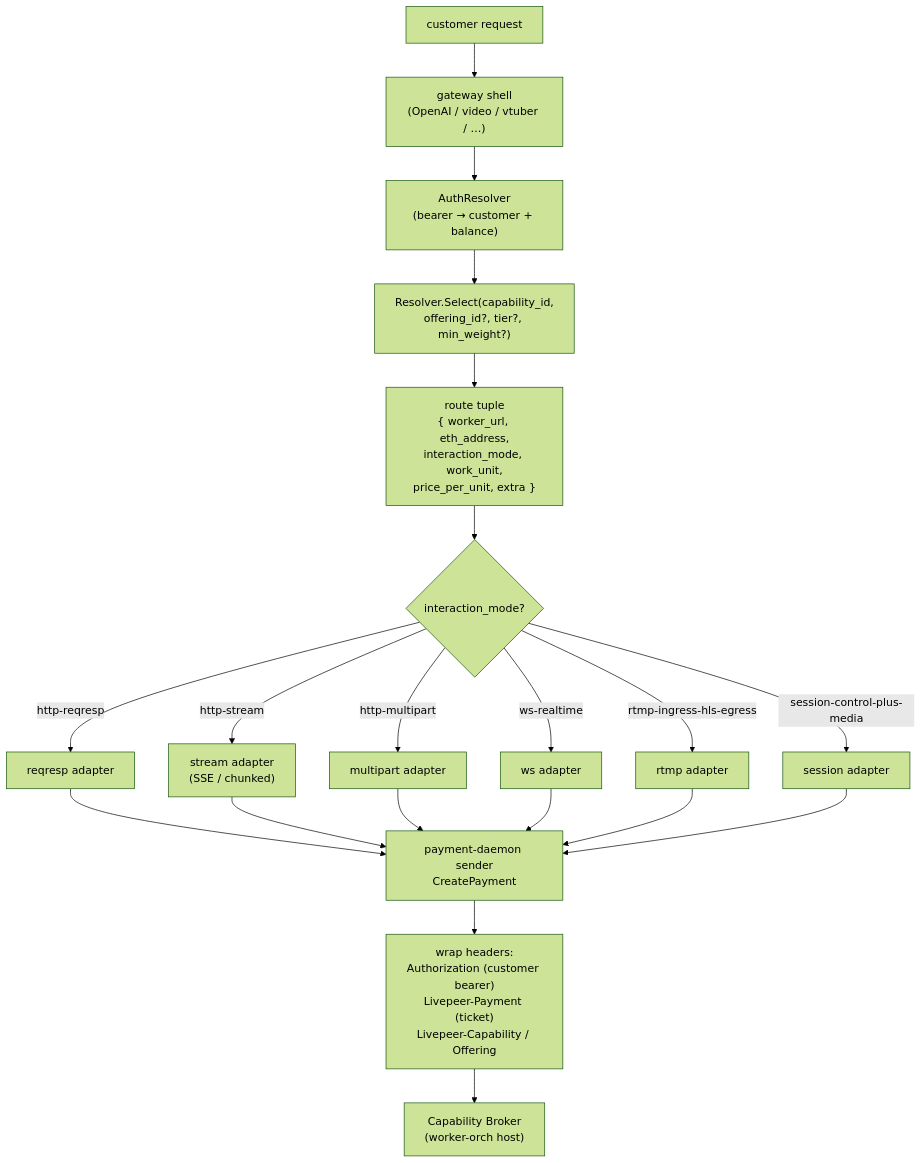
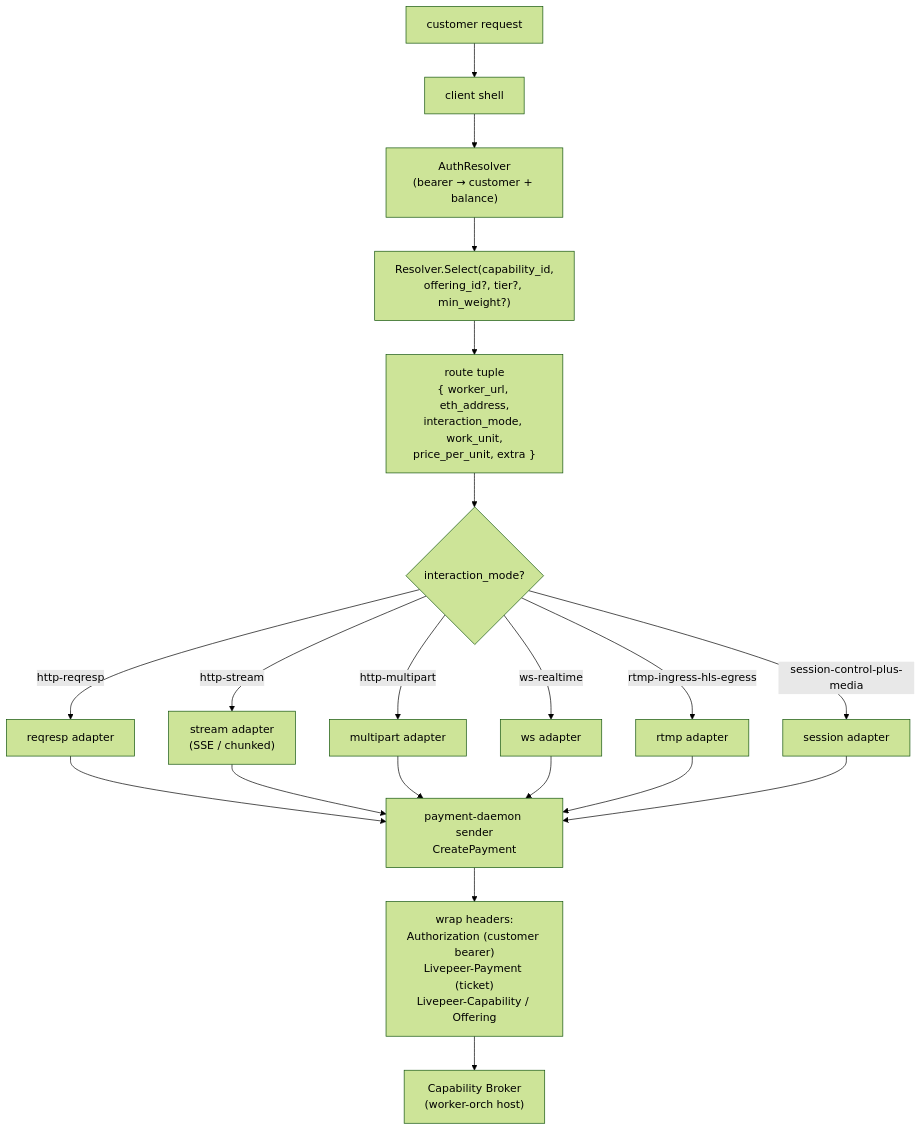
The ninth of 10 diagrams in docs/design-docs/architecture-overview.md (Cloud-SPE/livepeer-network-modules), drawn with Mermaid (forest theme) before and after one commit. The commit also changed other lines of this file and 574 other files, not shown here.

````diff
--- a/docs/design-docs/architecture-overview.md
+++ b/docs/design-docs/architecture-overview.md
@@ -889,25 +892,25 @@
 ```mermaid
 flowchart TD
-    Cust["customer request"] --> Shell["gateway shell<br/>(OpenAI / video / vtuber / …)"]
+    Cust["customer request"] --> Shell["client shell"]
     Shell --> Auth["AuthResolver<br/>(bearer → customer + balance)"]
     Auth --> Resolve["Resolver.Select(capability_id,<br/>offering_id?, tier?, min_weight?)"]
     Resolve --> Tuple["route tuple<br/>{ worker_url, eth_address,<br/>interaction_mode, work_unit,<br/>price_per_unit, extra }"]
     Tuple --> ModeSwitch{interaction_mode?}
 
     ModeSwitch -->|http-reqresp| A1["reqresp adapter"]
     ModeSwitch -->|http-stream| A2["stream adapter<br/>(SSE / chunked)"]
     ModeSwitch -->|http-multipart| A3["multipart adapter"]
     ModeSwitch -->|ws-realtime| A4["ws adapter"]
     ModeSwitch -->|rtmp-ingress-hls-egress| A5["rtmp adapter"]
     ModeSwitch -->|session-control-plus-media| A6["session adapter"]
 
     A1 --> Sender["payment-daemon sender<br/>CreatePayment"]
     A2 --> Sender
     A3 --> Sender
     A4 --> Sender
     A5 --> Sender
     A6 --> Sender
 
     Sender --> Wrap["wrap headers:<br/>Authorization (customer bearer)<br/>Livepeer-Payment (ticket)<br/>Livepeer-Capability / Offering"]
     Wrap --> Broker["Capability Broker<br/>(worker-orch host)"]
 ```
````
